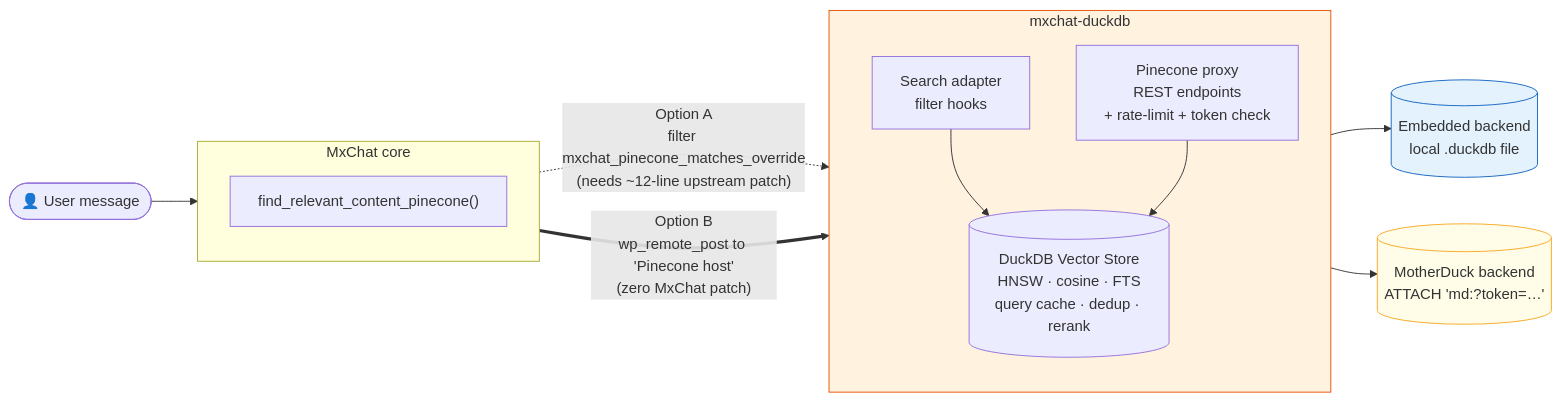
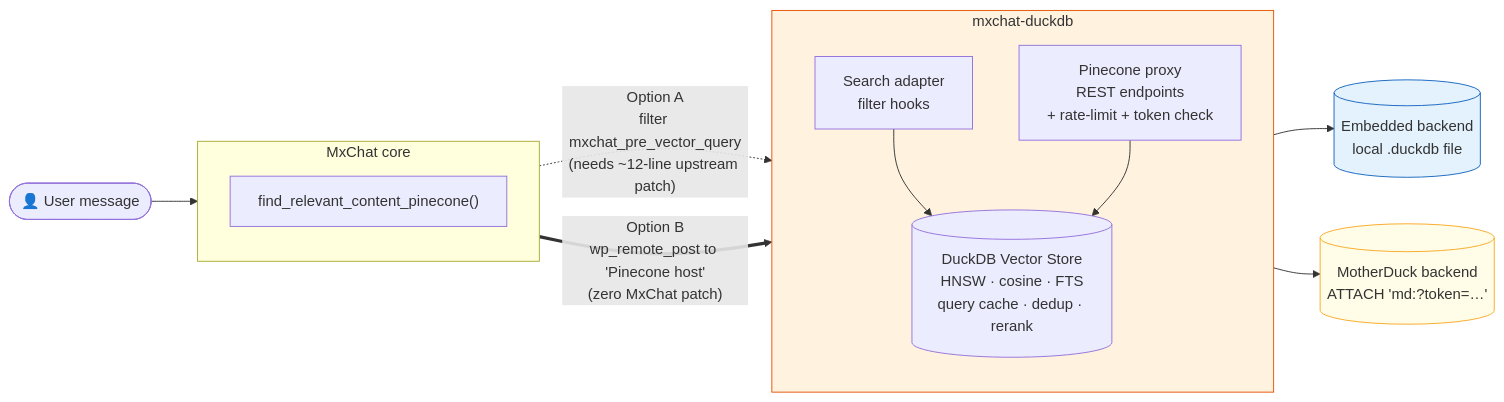
The first of 2 diagrams in ARCHITECTURE.md (PaulArgoud/mxchat-duckdb), drawn with Mermaid before and after one commit. The commit also changed other lines of this file and 15 other files, not shown here.

````diff
--- a/ARCHITECTURE.md
+++ b/ARCHITECTURE.md
@@ -11,29 +11,29 @@
 ```mermaid
 flowchart LR
     User([👤 User message])
     User --> MxChat
 
     subgraph MxChat[MxChat core]
         direction TB
         Find["find_relevant_content_pinecone()"]
     end
 
-    Find -.->|"Option A<br/>filter mxchat_pinecone_matches_override<br/>(needs ~12-line upstream patch)"| Adapter
+    Find -.->|"Option A<br/>filter mxchat_pre_vector_query<br/>(needs ~12-line upstream patch)"| Adapter
     Find ==>|"Option B<br/>wp_remote_post to 'Pinecone host'<br/>(zero MxChat patch)"| Proxy
 
     subgraph Plugin["mxchat-duckdb"]
         direction TB
         Adapter["Search adapter<br/>filter hooks"]
         Proxy["Pinecone proxy<br/>REST endpoints<br/>+ rate-limit + token check"]
         Store[("DuckDB Vector Store<br/>HNSW · cosine · FTS<br/>query cache · dedup · rerank")]
         Adapter --> Store
         Proxy --> Store
     end
 
     Store --> Embedded[("Embedded backend<br/>local .duckdb file")]
     Store --> MotherDuck[("MotherDuck backend<br/>ATTACH 'md:<db>?token=…'")]
 
     style Plugin fill:#fff3e0,stroke:#e65100
     style Embedded fill:#e3f2fd,stroke:#1565c0
     style MotherDuck fill:#fffde7,stroke:#f9a825
 ```
````
